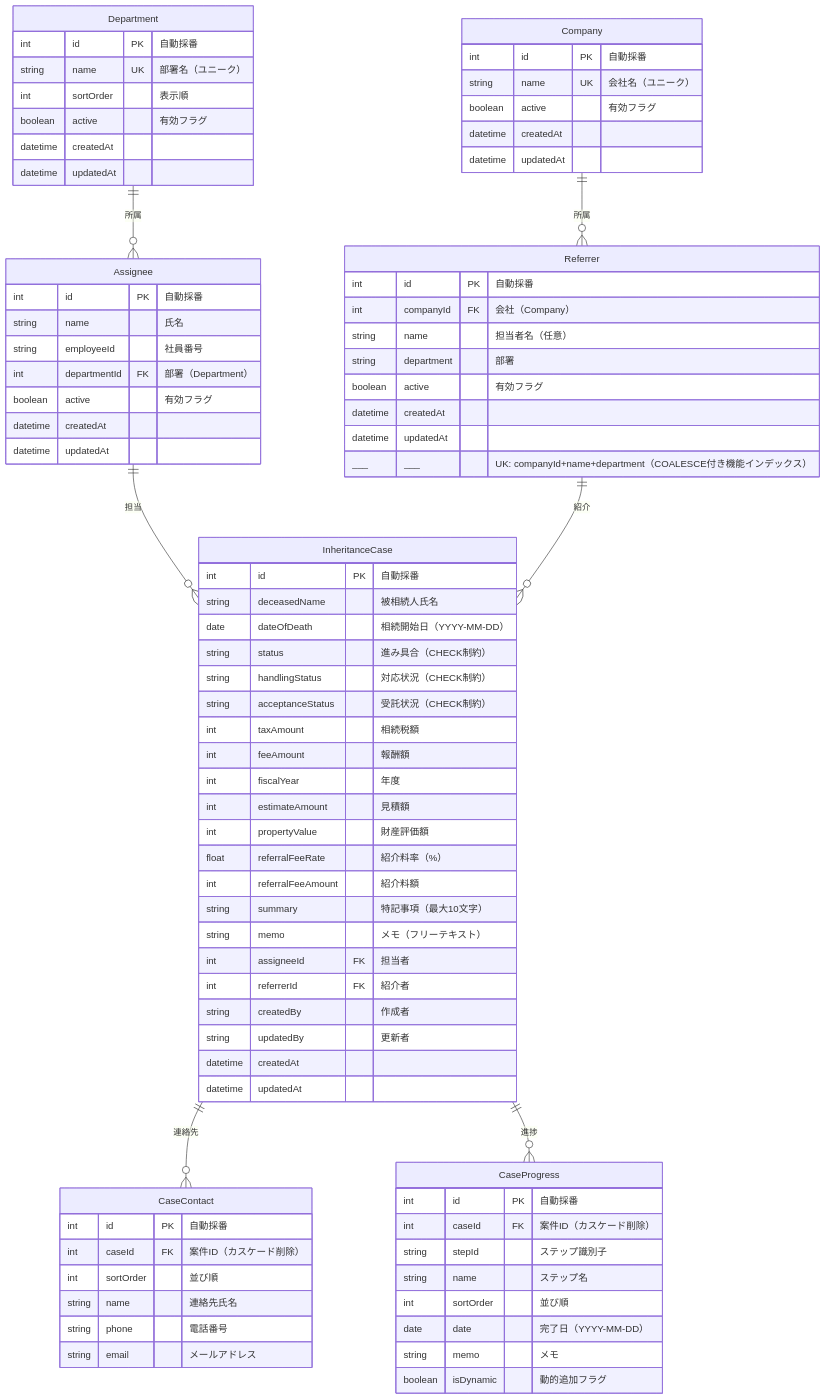
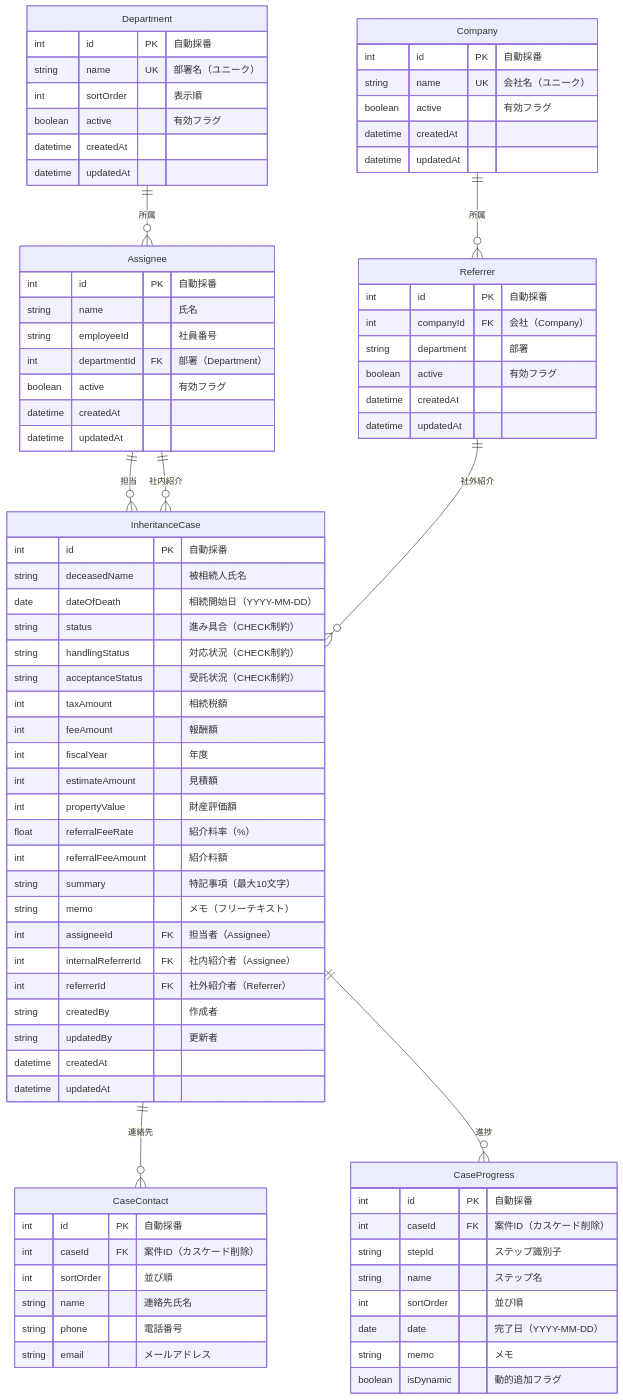
Before and after one commit to kojima1978/tax_apps: the diagram in apps/inheritance-case-management/README.md, drawn with Mermaid. The commit also changed other lines of this file and 13 other files, not shown here.

```diff
--- a/apps/inheritance-case-management/README.md
+++ b/apps/inheritance-case-management/README.md
@@ -369,7 +387,8 @@
     Department ||--o{ Assignee : "所属"
     Company ||--o{ Referrer : "所属"
     Assignee ||--o{ InheritanceCase : "担当"
-    Referrer ||--o{ InheritanceCase : "紹介"
+    Assignee ||--o{ InheritanceCase : "社内紹介"
+    Referrer ||--o{ InheritanceCase : "社外紹介"
     InheritanceCase ||--o{ CaseContact : "連絡先"
     InheritanceCase ||--o{ CaseProgress : "進捗"
 
@@ -403,12 +422,10 @@
     Referrer {
         int id PK "自動採番"
         int companyId FK "会社（Company）"
-        string name "担当者名（任意）"
         string department "部署"
         boolean active "有効フラグ"
         datetime createdAt
         datetime updatedAt
-        ___ ___ "UK: companyId+name+department（COALESCE付き機能インデックス）"
     }
 
     InheritanceCase {
@@ -427,8 +444,9 @@
         int referralFeeAmount "紹介料額"
         string summary "特記事項（最大10文字）"
         string memo "メモ（フリーテキスト）"
-        int assigneeId FK "担当者"
-        int referrerId FK "紹介者"
+        int assigneeId FK "担当者（Assignee）"
+        int internalReferrerId FK "社内紹介者（Assignee）"
+        int referrerId FK "社外紹介者（Referrer）"
         string createdBy "作成者"
         string updatedBy "更新者"
         datetime createdAt
```
